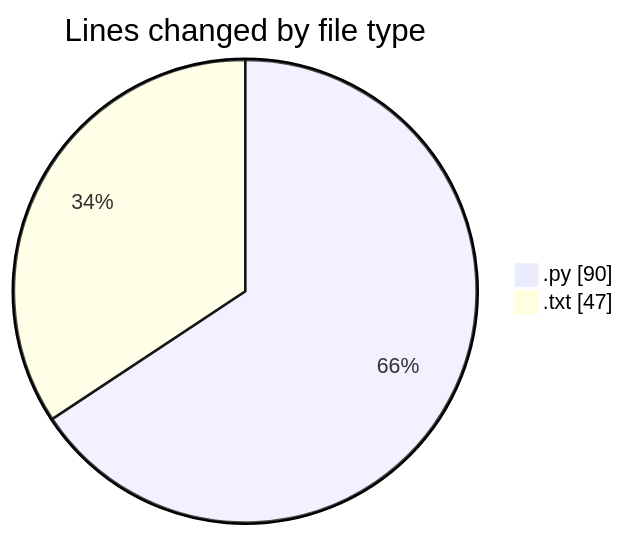
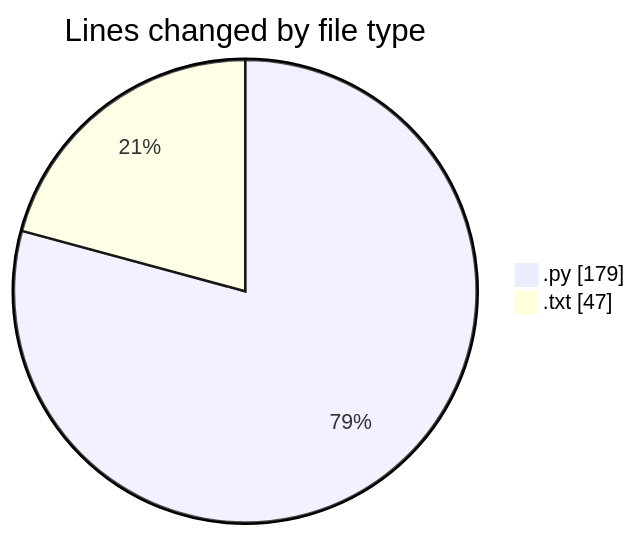
Before and after one commit to momahboobian/code-tracking: the first of 2 diagrams in 2025-02-19/samplepdf/README.md, drawn with Mermaid. The commit also changed other lines of this file and 1 other file, not shown here.

````diff
--- a/2025-02-19/samplepdf/README.md
+++ b/2025-02-19/samplepdf/README.md
@@ -21,6 +22,6 @@
 ```mermaid
 pie showData
 title Lines changed by file type
-".py" : 90
+".py" : 179
 ".txt" : 47
 ```
````
